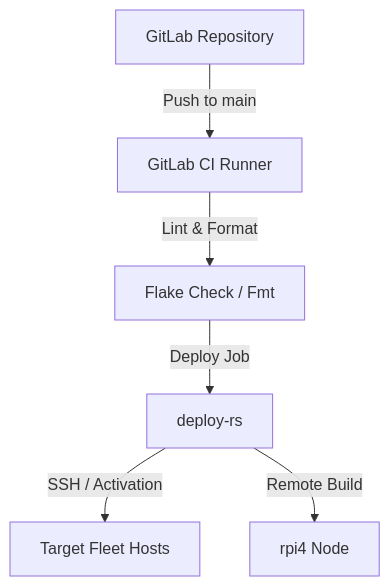
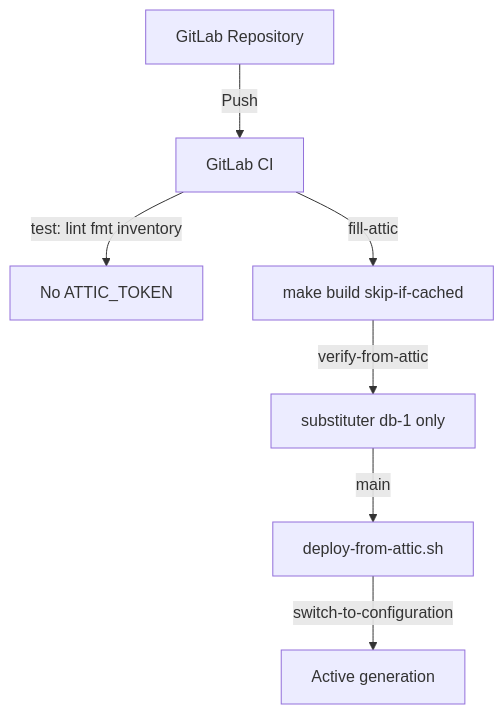
Before and after one commit to alexthemayers/nixos-fleet: the diagram in docs/deployments.md, drawn with Mermaid. The commit also changed other lines of this file and 11 other files, not shown here.

First line of the commit message:
feat(attic): fill the cache, then deploy exclusively from Attic

````diff
--- a/docs/deployments.md
+++ b/docs/deployments.md
@@ -10,8 +17,9 @@
 ```mermaid
 graph TD
-    GitLab[GitLab Repository] -->|Push to main| CI[GitLab CI Runner]
-    CI -->|Lint & Format| Lint[Flake Check / Fmt]
-    Lint -->|Deploy Job| DeployRS[deploy-rs]
-    DeployRS -->|SSH / Activation| TargetHosts[Target Fleet Hosts]
-    DeployRS -->|Remote Build| RPi4[rpi4 Node]
+    GitLab[GitLab Repository] -->|Push| CI[GitLab CI]
+    CI -->|test: lint fmt inventory| Test[No ATTIC_TOKEN]
+    CI -->|fill-attic| Fill[make build skip-if-cached]
+    Fill -->|verify-from-attic| Prove[substituter db-1 only]
+    Prove -->|main| Deploy[deploy-from-attic.sh]
+    Deploy -->|switch-to-configuration| Live[Active generation]
 ```
````
